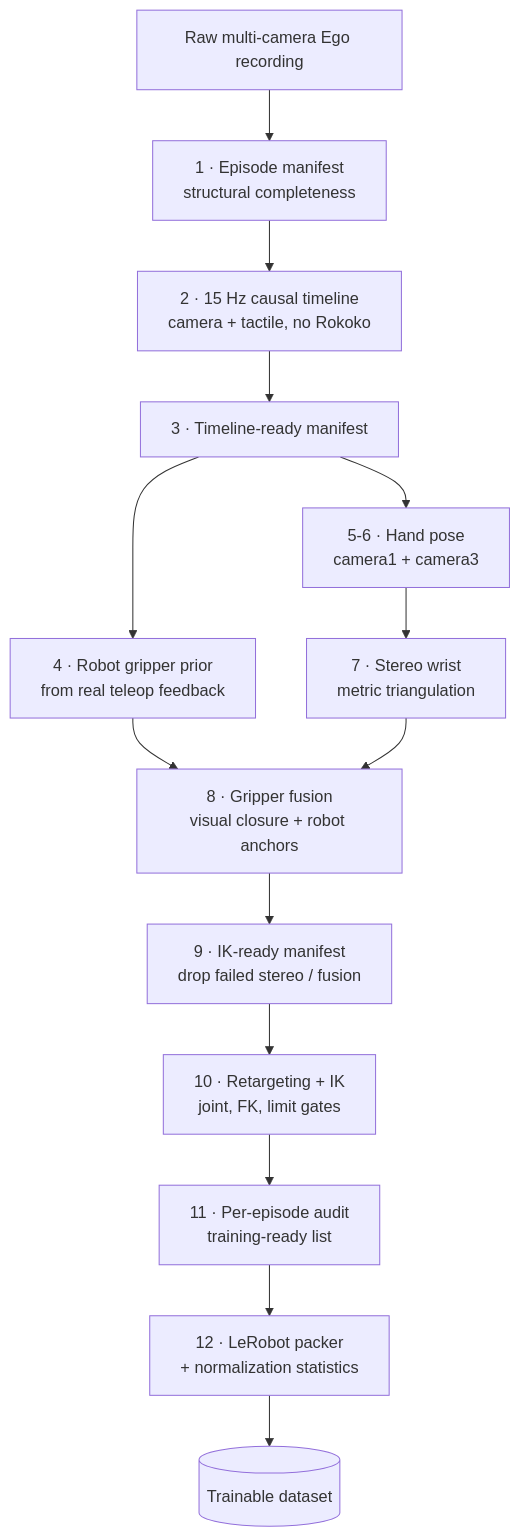
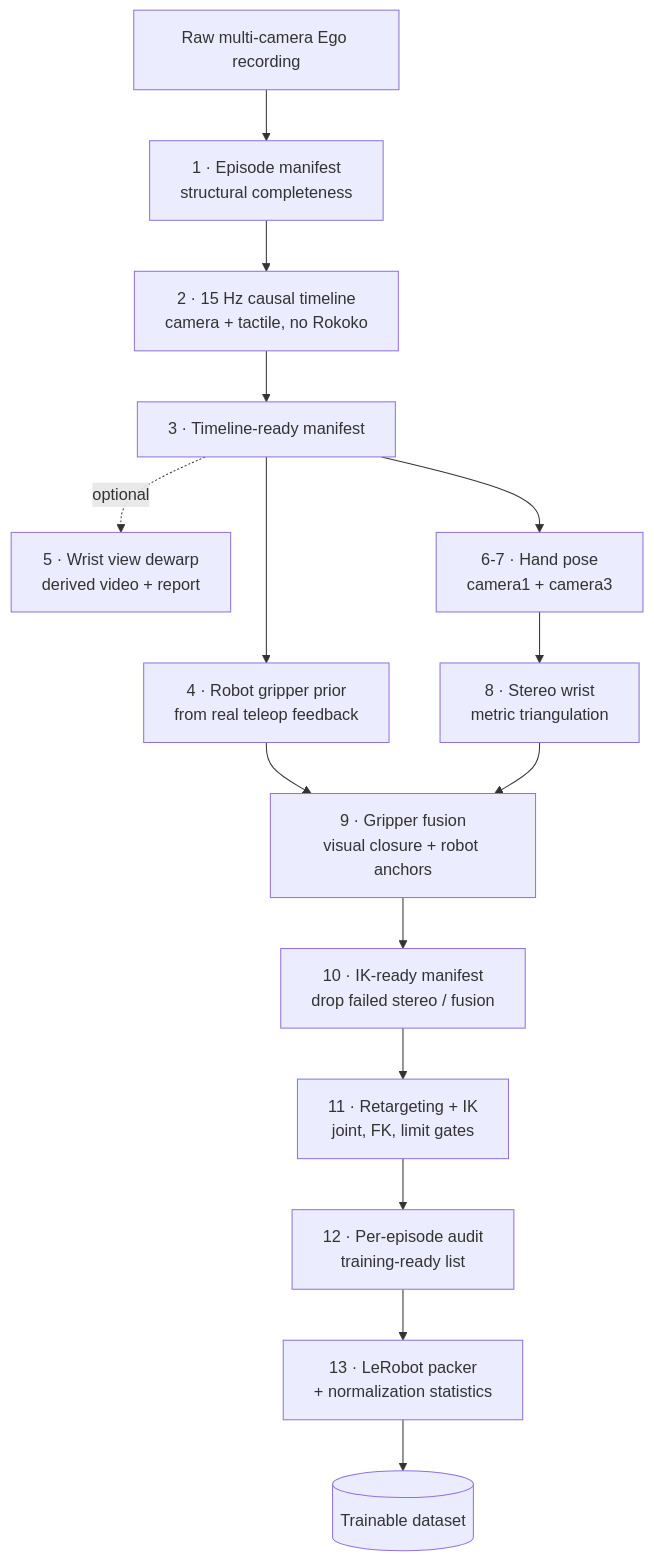
One commit to Agentic-Intelligence-Lab/Tacross changed the diagram in README.md. Above: the diagram before and after it, drawn with Mermaid. The commit also changed other lines of this file and 13 other files, not shown here.

````diff
--- a/README.md
+++ b/README.md
@@ -32,16 +32,17 @@
 ```mermaid
 flowchart TD
     A[Raw multi-camera Ego recording] --> B[1 · Episode manifest<br/>structural completeness]
     B --> C[2 · 15 Hz causal timeline<br/>camera + tactile, no Rokoko]
     C --> D[3 · Timeline-ready manifest]
     D --> E[4 · Robot gripper prior<br/>from real teleop feedback]
-    D --> F[5-6 · Hand pose<br/>camera1 + camera3]
-    F --> G[7 · Stereo wrist<br/>metric triangulation]
-    E --> H[8 · Gripper fusion<br/>visual closure + robot anchors]
+    D -. optional .-> U[5 · Wrist view dewarp<br/>derived video + report]
+    D --> F[6-7 · Hand pose<br/>camera1 + camera3]
+    F --> G[8 · Stereo wrist<br/>metric triangulation]
+    E --> H[9 · Gripper fusion<br/>visual closure + robot anchors]
     G --> H
-    H --> I[9 · IK-ready manifest<br/>drop failed stereo / fusion]
-    I --> J[10 · Retargeting + IK<br/>joint, FK, limit gates]
-    J --> K[11 · Per-episode audit<br/>training-ready list]
-    K --> L[12 · LeRobot packer<br/>+ normalization statistics]
+    H --> I[10 · IK-ready manifest<br/>drop failed stereo / fusion]
+    I --> J[11 · Retargeting + IK<br/>joint, FK, limit gates]
+    J --> K[12 · Per-episode audit<br/>training-ready list]
+    K --> L[13 · LeRobot packer<br/>+ normalization statistics]
     L --> M[(Trainable dataset)]
 ```
````
